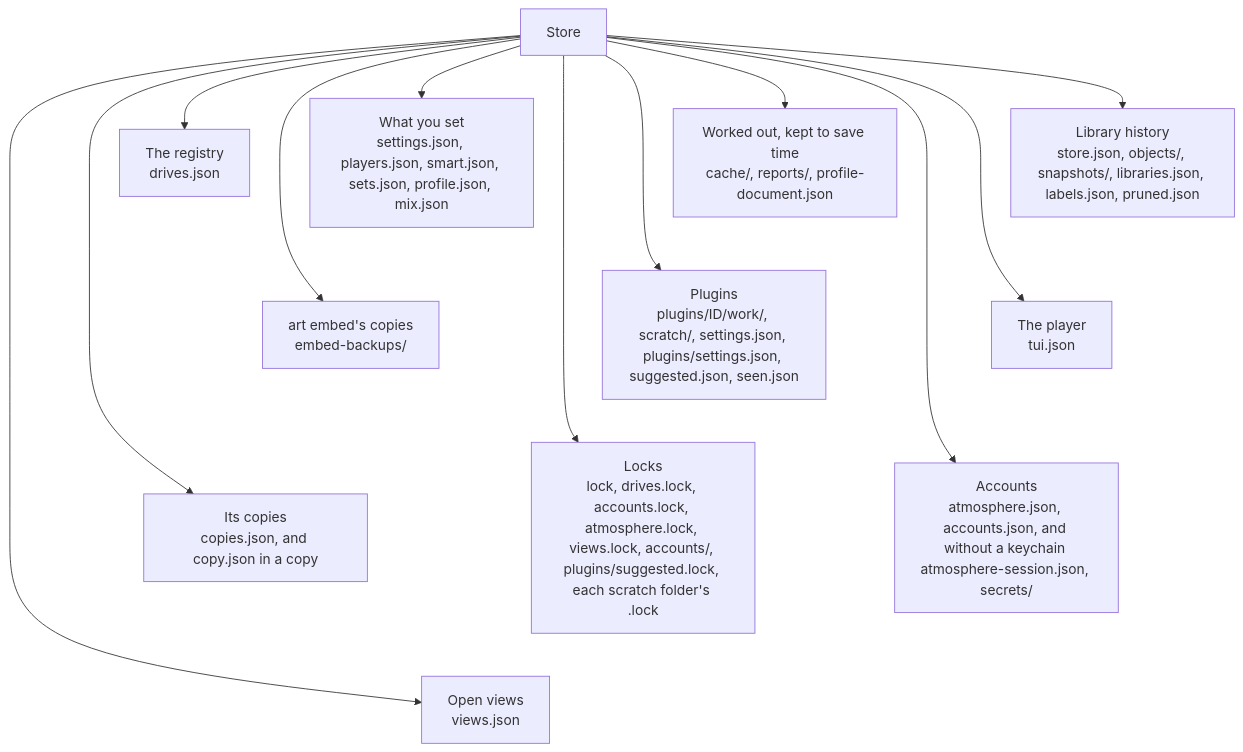
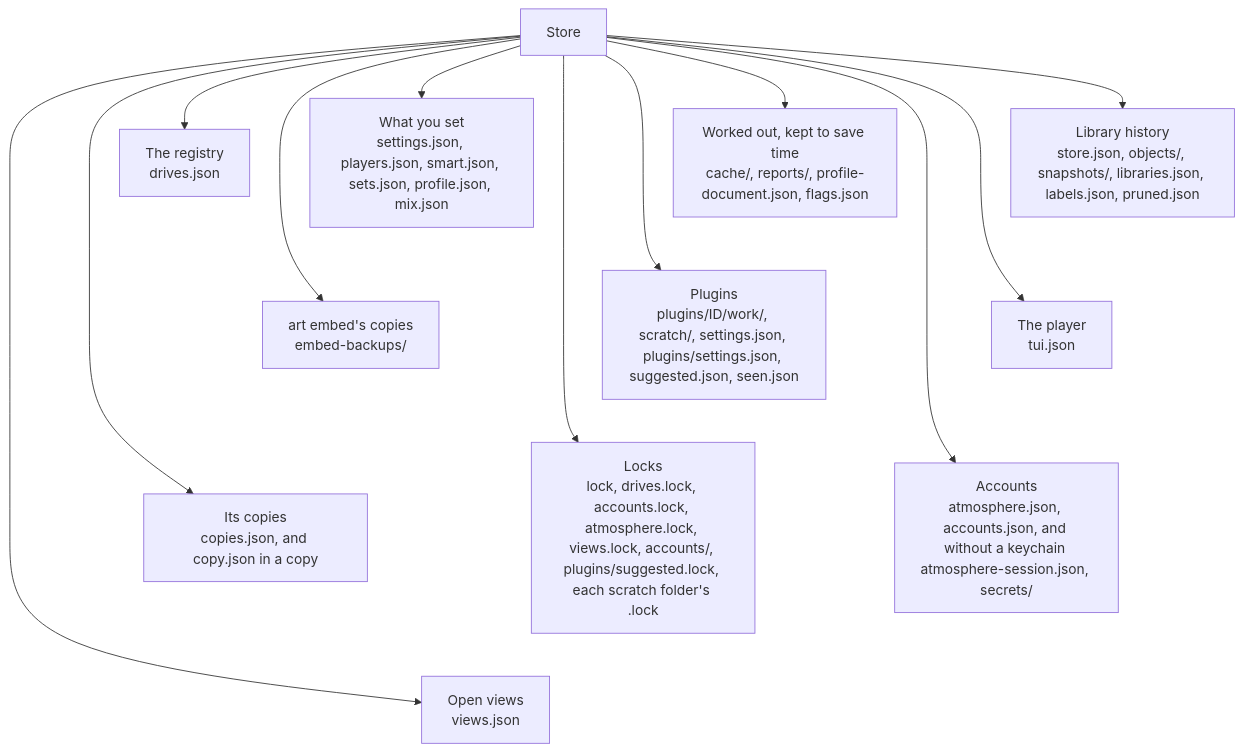
Before and after one commit to cutenode/localnetwork: the second of 18 diagrams in apps/locallibrary/docs/diagrams/store-and-drives.md, drawn with Mermaid. The commit also changed other lines of this file and 42 other files, not shown here.

````diff
--- a/apps/locallibrary/docs/diagrams/store-and-drives.md
+++ b/apps/locallibrary/docs/diagrams/store-and-drives.md
@@ -61,22 +61,22 @@
 ```mermaid
 flowchart TD
     hub["Store"]
     hub --> history["Library history<br/>store.json, objects/, snapshots/, libraries.json, labels.json, pruned.json"]
     hub --> yours["What you set<br/>settings.json, players.json, smart.json, sets.json, profile.json, mix.json"]
     hub --> registry["The registry<br/>drives.json"]
-    hub --> worked["Worked out, kept to save time<br/>cache/, reports/, profile-document.json"]
+    hub --> worked["Worked out, kept to save time<br/>cache/, reports/, profile-document.json, flags.json"]
     hub --> player["The player<br/>tui.json"]
     hub --> art["art embed's copies<br/>embed-backups/"]
     hub --> plugins["Plugins<br/>plugins/ID/work/, scratch/, settings.json, plugins/settings.json, suggested.json, seen.json"]
     hub --> accounts["Accounts<br/>atmosphere.json, accounts.json, and without a keychain atmosphere-session.json, secrets/"]
     hub --> copies["Its copies<br/>copies.json, and copy.json in a copy"]
     hub --> locks["Locks<br/>lock, drives.lock, accounts.lock, atmosphere.lock, views.lock, accounts/, plugins/suggested.lock, each scratch folder's .lock"]
     hub --> views["Open views<br/>views.json"]
     history ~~~ player
     yours ~~~ art
     worked ~~~ plugins
     player ~~~ accounts
     art ~~~ copies
     plugins ~~~ locks
     accounts ~~~ views
 ```
````
